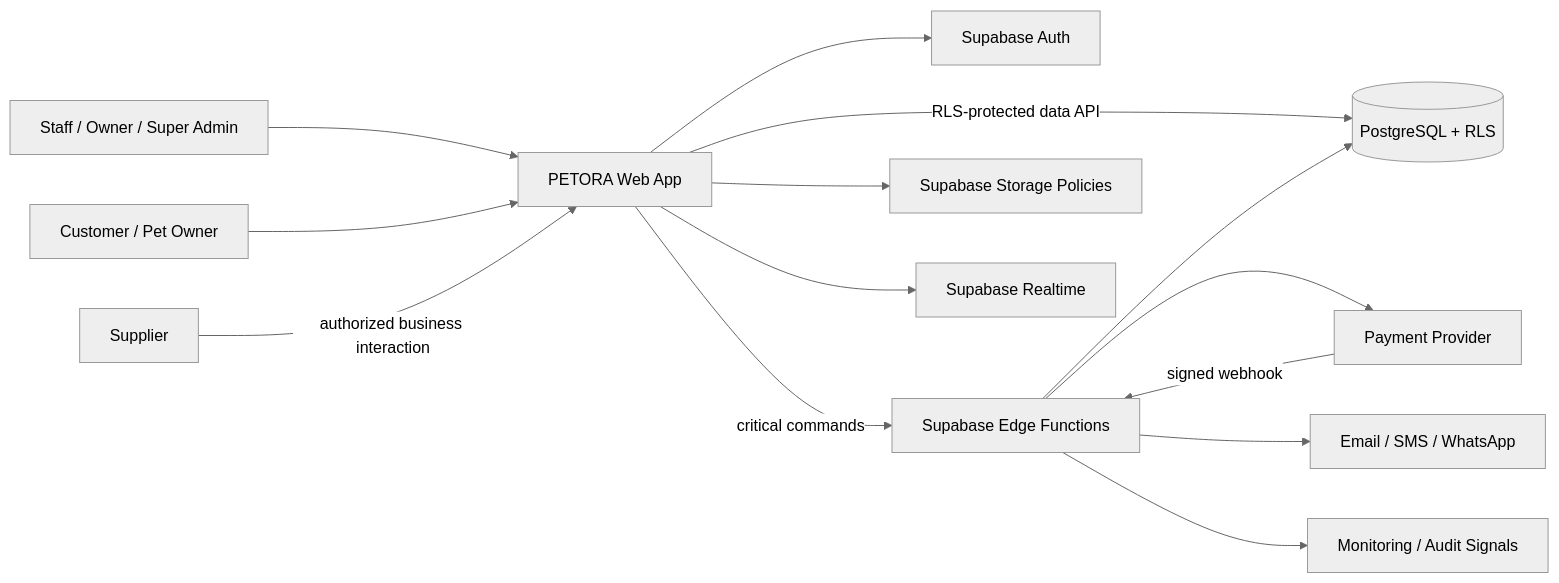
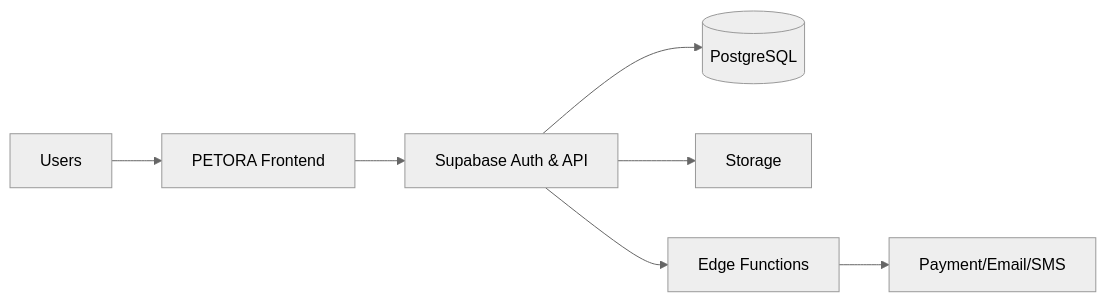
One commit to centranf1/PETORA-INDONESIA changed the diagram in docs/03-architecture/system-context.md. Above: the diagram before and after it, drawn with Mermaid (neutral theme). The commit also changed other lines of this file and 103 other files, not shown here.

````diff
--- a/docs/03-architecture/system-context.md
+++ b/docs/03-architecture/system-context.md
@@ -29,16 +29,9 @@
 ```mermaid
 flowchart LR
-STAFF[Staff / Owner / Super Admin] --> WEB[PETORA Web App]
-CUSTOMER[Customer / Pet Owner] --> WEB
-SUPPLIER[Supplier] -->|authorized business interaction| WEB
-WEB --> AUTH[Supabase Auth]
-WEB -->|RLS-protected data API| DB[(PostgreSQL + RLS)]
-WEB -->|critical commands| EDGE[Supabase Edge Functions]
-EDGE --> DB
-WEB --> STORAGE[Supabase Storage Policies]
-WEB --> RT[Supabase Realtime]
-EDGE --> PAY[Payment Provider]
-EDGE --> MSG[Email / SMS / WhatsApp]
-PAY -->|signed webhook| EDGE
-EDGE --> OBS[Monitoring / Audit Signals]
+A[Users] --> B[PETORA Frontend]
+B --> C[Supabase Auth & API]
+C --> D[(PostgreSQL)]
+C --> E[Storage]
+C --> F[Edge Functions]
+F --> G[Payment/Email/SMS]
 ```
````
